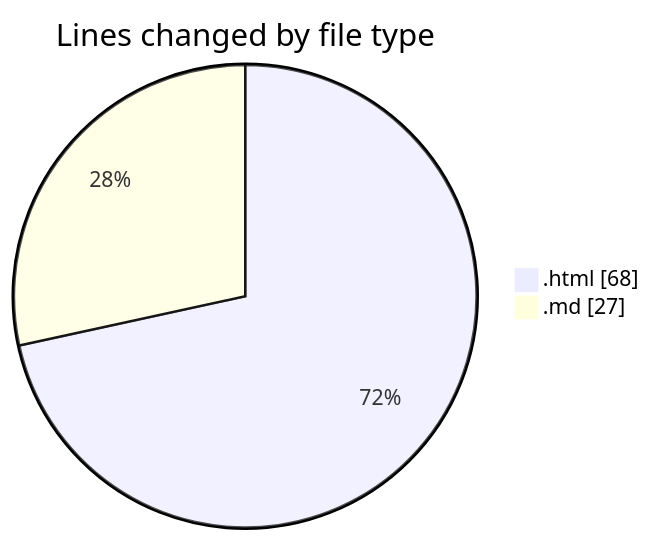
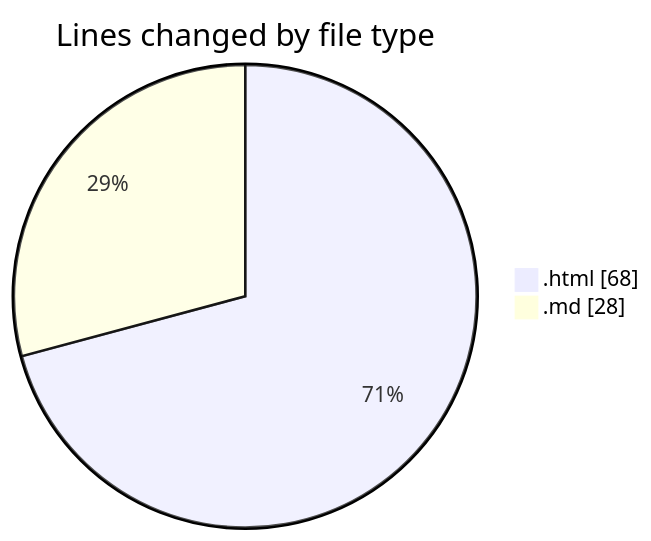
One commit to Ritupan-Deka/code-tracking changed the first of 2 diagrams in 2025-07-04/urlwebwala_intership_work/README.md. Above: the diagram before and after it, drawn with Mermaid. The commit also changed other lines of this file and 1 other file, not shown here.

````diff
--- a/2025-07-04/urlwebwala_intership_work/README.md
+++ b/2025-07-04/urlwebwala_intership_work/README.md
@@ -21,6 +21,6 @@
 ```mermaid
 pie showData
 title Lines changed by file type
 ".html" : 68
-".md" : 27
+".md" : 28
 ```
````
